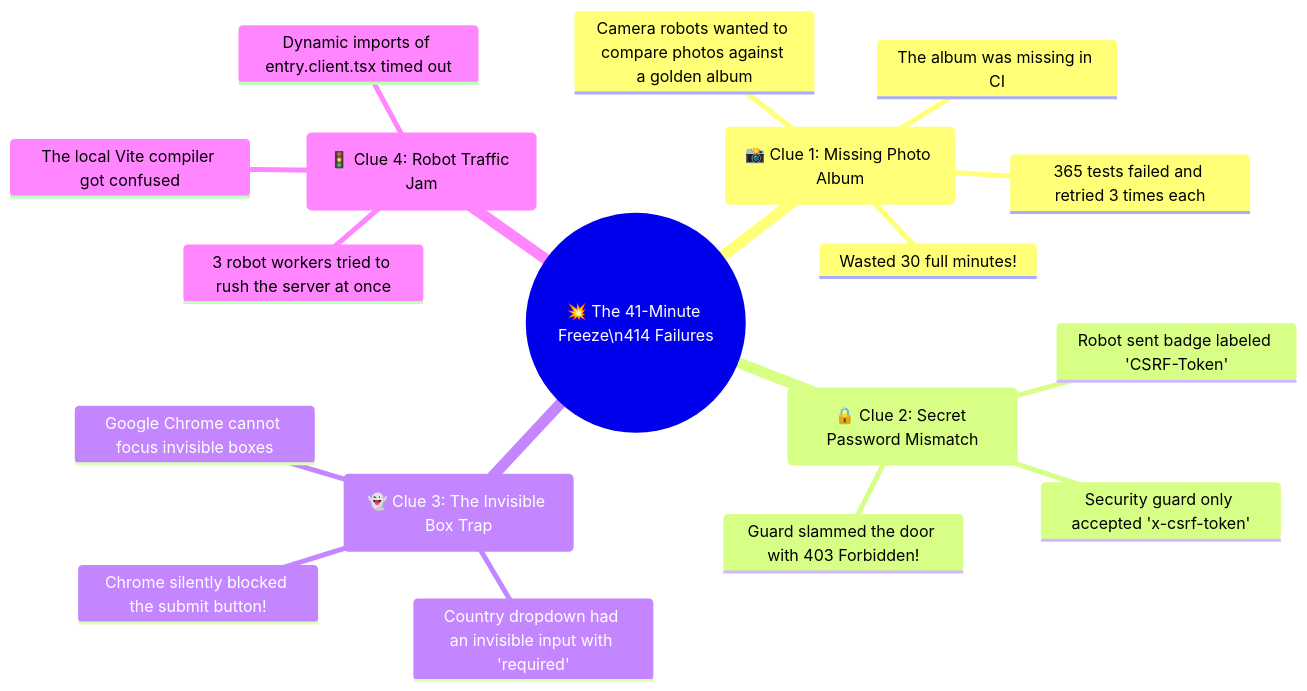
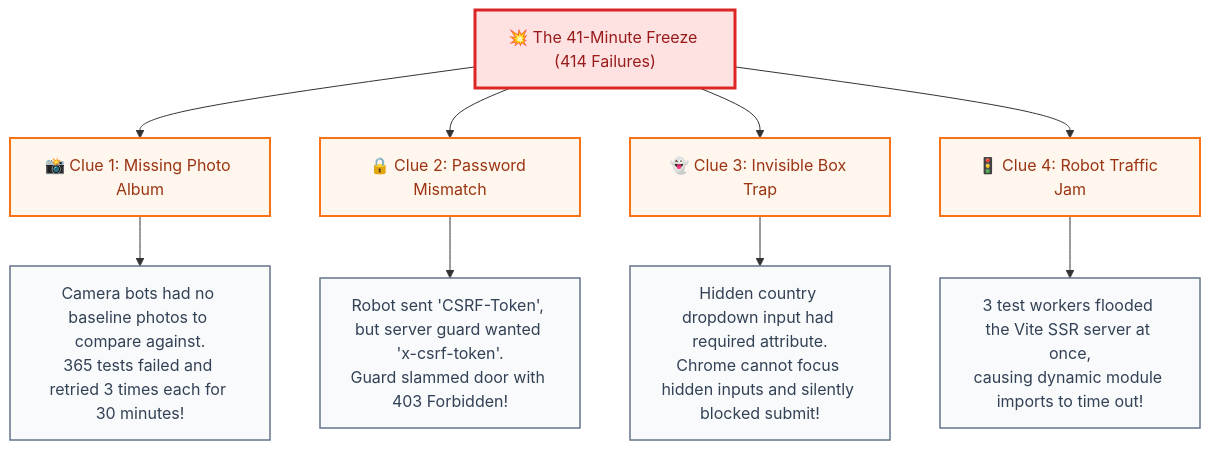
One commit to hateem2121/RUN changed the third of 7 diagrams in docs/reports/E2E_FORENSIC_EXPLAINED_FOR_5TH_GRADERS.md. Above: the diagram before and after it, drawn with Mermaid. The commit also changed other lines of this file, not shown here.

Commit message:
fix(docs): replace mindmap and gantt mermaid headers with universal flowchart types

````diff
--- a/docs/reports/E2E_FORENSIC_EXPLAINED_FOR_5TH_GRADERS.md
+++ b/docs/reports/E2E_FORENSIC_EXPLAINED_FOR_5TH_GRADERS.md
@@ -114,21 +114,18 @@
 ```mermaid
-mindmap
-  root((💥 The 41-Minute Freeze\n414 Failures))
-    (📸 Clue 1: Missing Photo Album)
-      Camera robots wanted to compare photos against a golden album
-      The album was missing in CI
-      365 tests failed and retried 3 times each
-      Wasted 30 full minutes!
-    (🔒 Clue 2: Secret Password Mismatch)
-      Robot sent badge labeled 'CSRF-Token'
-      Security guard only accepted 'x-csrf-token'
-      Guard slammed the door with 403 Forbidden!
-    (👻 Clue 3: The Invisible Box Trap)
-      Country dropdown had an invisible input with 'required'
-      Google Chrome cannot focus invisible boxes
-      Chrome silently blocked the submit button!
-    (🚦 Clue 4: Robot Traffic Jam)
-      3 robot workers tried to rush the server at once
-      The local Vite compiler got confused
-      Dynamic imports of entry.client.tsx timed out
+flowchart TD
+    classDef root fill:#fee2e2,stroke:#dc2626,stroke-width:3px,color:#991b1b;
+    classDef clue fill:#fff7ed,stroke:#f97316,stroke-width:2px,color:#9a3412;
+    classDef detail fill:#f8fafc,stroke:#64748b,stroke-width:1.5px,color:#334155;
+
+    Root["💥 The 41-Minute Freeze (414 Failures)"]:::root
+
+    Root --> C1["📸 Clue 1: Missing Photo Album"]:::clue
+    Root --> C2["🔒 Clue 2: Password Mismatch"]:::clue
+    Root --> C3["👻 Clue 3: Invisible Box Trap"]:::clue
+    Root --> C4["🚦 Clue 4: Robot Traffic Jam"]:::clue
+
+    C1 --> D1["Camera bots had no baseline photos to compare against.<br/>365 tests failed and retried 3 times each for 30 minutes!"]:::detail
+    C2 --> D2["Robot sent 'CSRF-Token', but server guard wanted 'x-csrf-token'.<br/>Guard slammed door with 403 Forbidden!"]:::detail
+    C3 --> D3["Hidden country dropdown input had required attribute.<br/>Chrome cannot focus hidden inputs and silently blocked submit!"]:::detail
+    C4 --> D4["3 test workers flooded the Vite SSR server at once,<br/>causing dynamic module imports to time out!"]:::detail
 ```
````
